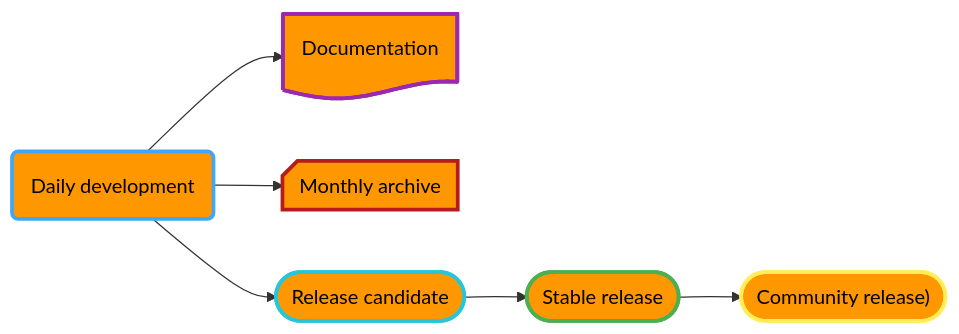
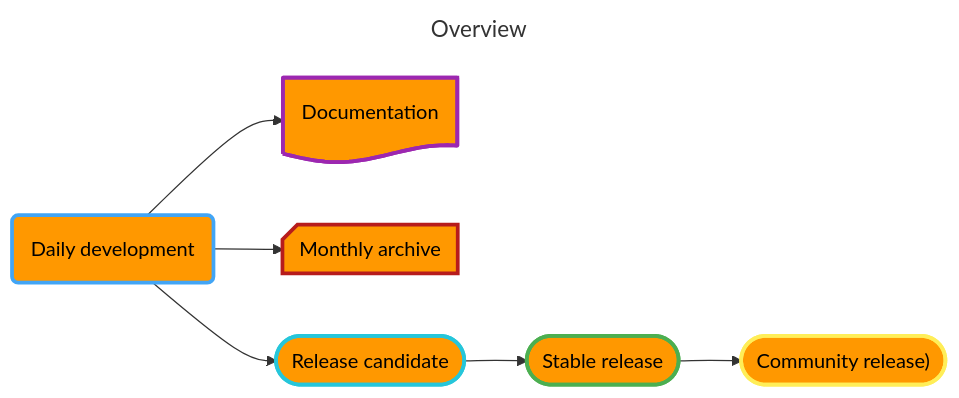
One commit to spectrum-health-systems/tingen-documentation changed the second of 7 diagrams in Development/Development-processes.md. Above: the diagram before and after it, drawn with Mermaid. The commit also changed other lines of this file, not shown here.

````diff
--- a/Development/Development-processes.md
+++ b/Development/Development-processes.md
@@ -77,21 +77,24 @@
 ```mermaid
+---
+title: Overview
+---
 flowchart LR
   %% Components
   DailyDevelopment@{shape: rounded, label: "Daily development"}
   Documentation@{shape: doc, label: "Documentation"}
   MonthlyArchive@{shape: notch-rect, label: "Monthly archive"}
   ReleaseCandidate@{shape: stadium, label: "Release candidate"}
   StableRelease@{shape: stadium, label: "Stable release"}
   CommunityRelease@{shape: stadium, label: "Community release)"}
   %% Layout
   DailyDevelopment --> Documentation
   DailyDevelopment --> MonthlyArchive
   DailyDevelopment --> ReleaseCandidate --> StableRelease --> CommunityRelease
   %% Styles
   style DailyDevelopment color:#000,fill:#ff9800,stroke:#42a5f5,stroke-width:3px
   style Documentation color:#000,fill:#ff9800,stroke:#9c27b0,stroke-width:3px
   style MonthlyArchive color:#000,fill:#ff9800,stroke:#b71c1c,stroke-width:3px
   style ReleaseCandidate color:#000,fill:#ff9800,stroke:#26c6da,stroke-width:3px
   style StableRelease color:#000,fill:#ff9800,stroke:#4caf50,stroke-width:3px
   style CommunityRelease color:#000,fill:#ff9800,stroke:#ffee58,stroke-width:3px
 ```
````
